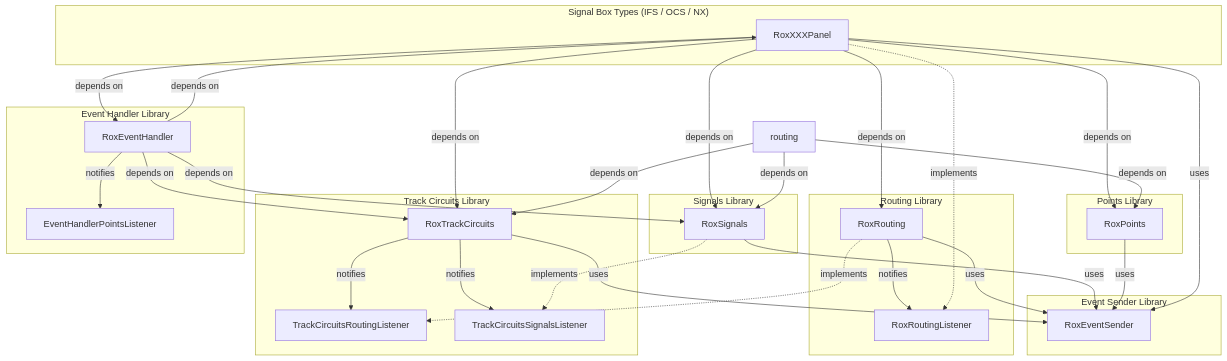
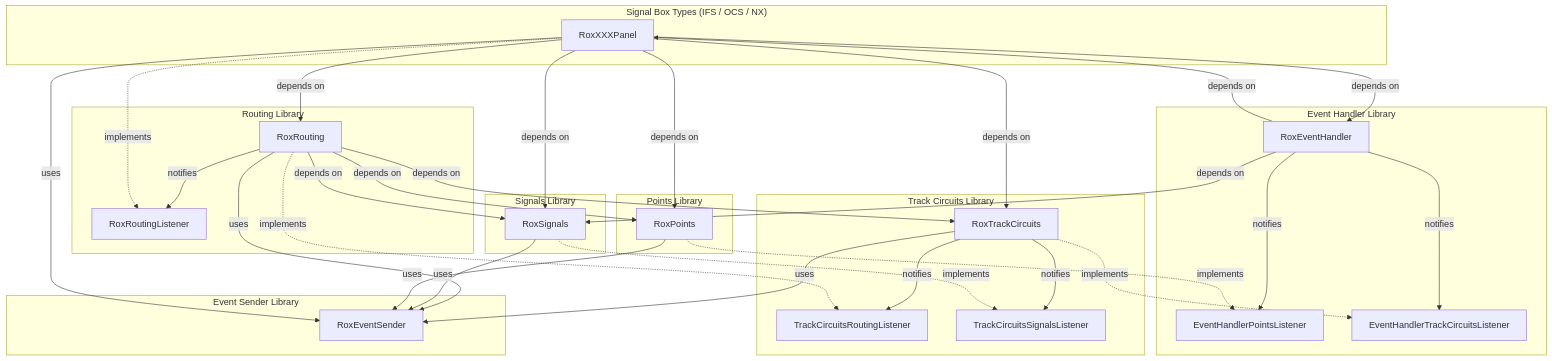
One commit to NickLocke/RoxeterModelRailway changed the diagram in ApplicationDesign/HighLevelArchitecture.md. Above: the diagram before and after it, drawn with Mermaid.

Commit message:
Track Circuit Interface

```diff
--- a/ApplicationDesign/HighLevelArchitecture.md
+++ b/ApplicationDesign/HighLevelArchitecture.md
@@ -3,76 +3,79 @@
 <div class="mermaid">
 
 flowchart TB
 
     %% As this is a high-level diagram, don't spell out all three box types separately.
 
     subgraph Panels["Signal Box Types (IFS / OCS / NX)"]
         XXX["RoxXXXPanel"]
     end
 
     %% Each library grouped together
 
     subgraph RoutingLibrary["Routing Library"]
         Routing["RoxRouting"]
         RoutingListener["RoxRoutingListener"]
     end
 
     subgraph SignalsLibrary["Signals Library"]
         Signals["RoxSignals"]
     end
 
     subgraph PointsLibrary["Points Library"]
         Points["RoxPoints"]
     end
 
     subgraph TrackCircuitsLibrary["Track Circuits Library"]
         TrackCircuits["RoxTrackCircuits"]
         TrackCircuitsRoutingListener["TrackCircuitsRoutingListener"]
         TrackCircuitsSignalsListener["TrackCircuitsSignalsListener"]
     end
 
     subgraph EventSenderLibrary["Event Sender Library"]
         EventSender["RoxEventSender"]
     end
 
     subgraph EventHandlerLibrary["Event Handler Library"]
         EventHandler["RoxEventHandler"]
         EventHandlerPointsListener["EventHandlerPointsListener"]
+        EventHandlerTrackCircuitsListener["EventHandlerTrackCircuitsListener"]
     end
 
     %% Depends on is where the class is passed into the constructor of the object.
 
     XXX -->|depends on| Routing
     XXX -->|depends on| Signals
     XXX -->|depends on| Points
     XXX -->|depends on| TrackCircuits
     XXX -->|depends on| EventHandler
 
-    routing -->|depends on| Signals
-    routing -->|depends on| Points
-    routing -->|depends on| TrackCircuits
+    Routing -->|depends on| Signals
+    Routing -->|depends on| Points
+    Routing -->|depends on| TrackCircuits
 
     EventHandler -->|depends on| Signals
-    EventHandler -->|depends on| TrackCircuits
     EventHandler -->|depends on| XXX
 
     %% Notifies is the process of a library calling one of its listeners
 
     Routing -->|notifies| RoutingListener
     TrackCircuits -->|notifies| TrackCircuitsRoutingListener
     TrackCircuits -->|notifies| TrackCircuitsSignalsListener
     EventHandler -->|notifies| EventHandlerPointsListener
+    EventHandler -->|notifies| EventHandlerTrackCircuitsListener
 
     %% Implements is where a class implements one of the other class's interfaces.
 
     XXX -.->|implements| RoutingListener
     Signals -.->|implements| TrackCircuitsSignalsListener
     Routing -.->|implements| TrackCircuitsRoutingListener
+    Points -.->|implements| EventHandlerPointsListener
+    TrackCircuits -.->|implements| EventHandlerTrackCircuitsListener
 
     Routing -->|uses| EventSender
     Signals -->|uses| EventSender
     Points -->|uses| EventSender
     TrackCircuits -->|uses| EventSender
     XXX -->|uses| EventSender
 
 </div>
```
